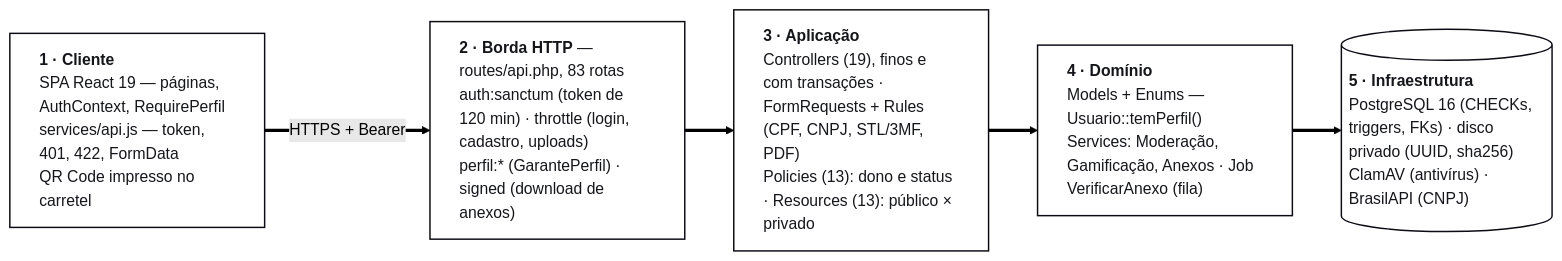
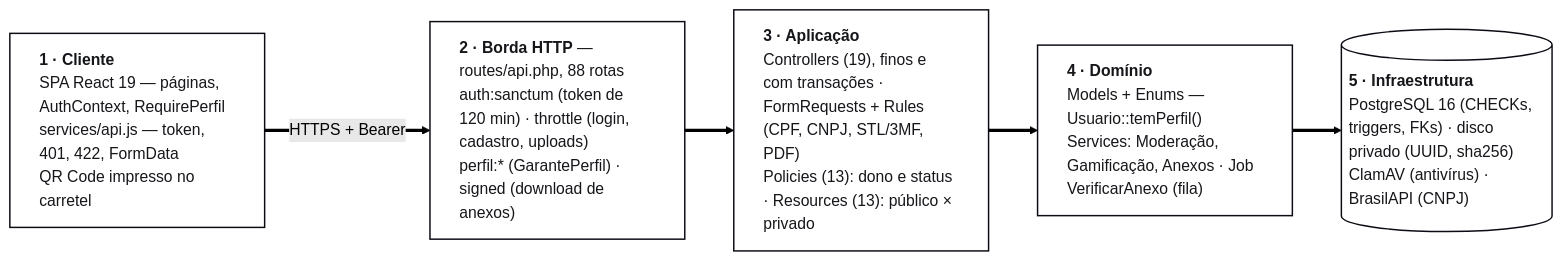
The first of 9 diagrams in README.md (LuizFelipeDias/IC), drawn with Mermaid (forest theme) before and after one commit. The commit also changed other lines of this file and 2 other files, not shown here.

````diff
--- a/README.md
+++ b/README.md
@@ -149,13 +151,13 @@
 ```mermaid
 flowchart LR
     C["<b>1 · Cliente</b><br/>SPA React 19 — páginas, AuthContext, RequirePerfil<br/>services/api.js — token, 401, 422, FormData<br/>QR Code impresso no carretel"]
-    B["<b>2 · Borda HTTP</b> — routes/api.php, 83 rotas<br/>auth:sanctum (token de 120 min) · throttle (login, cadastro, uploads)<br/>perfil:* (GarantePerfil) · signed (download de anexos)"]
+    B["<b>2 · Borda HTTP</b> — routes/api.php, 88 rotas<br/>auth:sanctum (token de 120 min) · throttle (login, cadastro, uploads)<br/>perfil:* (GarantePerfil) · signed (download de anexos)"]
     A["<b>3 · Aplicação</b><br/>Controllers (19), finos e com transações · FormRequests + Rules (CPF, CNPJ, STL/3MF, PDF)<br/>Policies (13): dono e status · Resources (13): público × privado"]
     D["<b>4 · Domínio</b><br/>Models + Enums — Usuario::temPerfil()<br/>Services: Moderação, Gamificação, Anexos · Job VerificarAnexo (fila)"]
     I[("<b>5 · Infraestrutura</b><br/>PostgreSQL 16 (CHECKs, triggers, FKs) · disco privado (UUID, sha256)<br/>ClamAV (antivírus) · BrasilAPI (CNPJ)")]
 
     C ==>|"HTTPS + Bearer"| B ==> A ==> D ==> I
 
     classDef camada fill:#ffffff,stroke:#0c0b14,stroke-width:1.5px,color:#15161a,text-align:left
     class C,B,A,D,I camada
 ```
````
